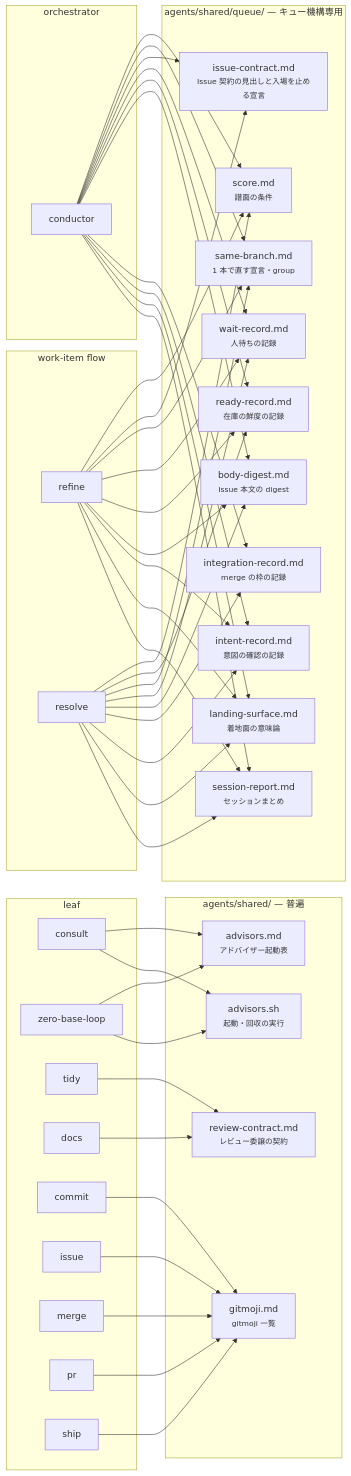
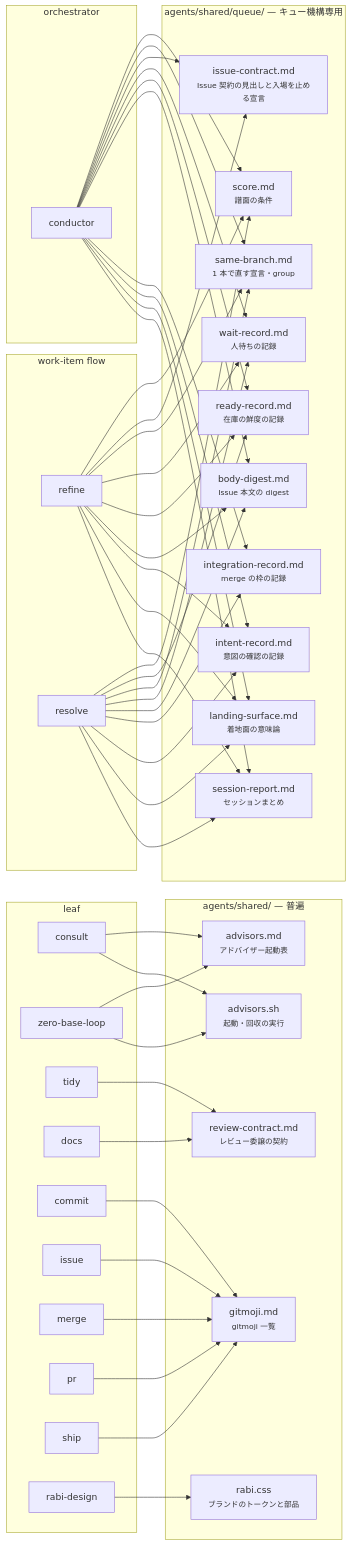
The second of 2 diagrams in agents/docs/structure.md (usagizmo/agentfiles), drawn with Mermaid before and after one commit. The commit also changed other lines of this file and 2 other files, not shown here.

First line of the commit message:
🤖 [agents] rabi.css を shared へ上げ、明暗を light-dark で持つ

````diff
--- a/agents/docs/structure.md
+++ b/agents/docs/structure.md
@@ -72,79 +72,82 @@
 ```mermaid
 flowchart LR
     subgraph orch["orchestrator"]
         CO[conductor]
     end
     subgraph flow["work-item flow"]
         RF[refine]
         RS[resolve]
     end
     subgraph leaf["leaf"]
         CS[consult]
         ZB[zero-base-loop]
         TD[tidy]
         DC[docs]
         CM[commit]
         IS[issue]
         ME[merge]
         PR[pr]
         SH[ship]
+        RD[rabi-design]
     end
     subgraph shared["agents/shared/ — 普遍"]
         RC["review-contract.md<br/><small>レビュー委譲の契約</small>"]
         AD["advisors.md<br/><small>アドバイザー起動表</small>"]
         AS["advisors.sh<br/><small>起動・回収の実行</small>"]
         GM["gitmoji.md<br/><small>gitmoji 一覧</small>"]
+        RB["rabi.css<br/><small>ブランドのトークンと部品</small>"]
     end
     subgraph sharedq["agents/shared/queue/ — キュー機構専用"]
         SB["same-branch.md<br/><small>1 本で直す宣言・group</small>"]
         IC["issue-contract.md<br/><small>Issue 契約の見出しと入場を止める宣言</small>"]
         WR["wait-record.md<br/><small>人待ちの記録</small>"]
         RR["ready-record.md<br/><small>在庫の鮮度の記録</small>"]
         BD["body-digest.md<br/><small>Issue 本文の digest</small>"]
         AF["score.md<br/><small>譜面の条件</small>"]
         IR["integration-record.md<br/><small>merge の枠の記録</small>"]
         IT["intent-record.md<br/><small>意図の確認の記録</small>"]
         LS["landing-surface.md<br/><small>着地面の意味論</small>"]
         SR["session-report.md<br/><small>セッションまとめ</small>"]
     end
 
     RF --> AF
     RS --> AF
     CO --> AF
     CO --> SB
     CO --> IC
     RF --> IC
     CO --> WR
     CO --> RR
     CO --> BD
     RF --> SB
     RF --> WR
     RF --> RR
     RS --> RR
     ME --> GM
     RF --> BD
     RS --> SB
     RS --> WR
     RS --> BD
     CO --> IR
     RS --> IR
     CO --> IT
     RS --> IT
     RF --> IT
     CO --> LS
     RF --> LS
     RS --> LS
     CO --> SR
     RS --> SR
     RF --> SR
     CS --> AD
     CS --> AS
     ZB --> AD
     ZB --> AS
     TD --> RC
     DC --> RC
     CM --> GM
     IS --> GM
     PR --> GM
     SH --> GM
+    RD --> RB
 ```
````
